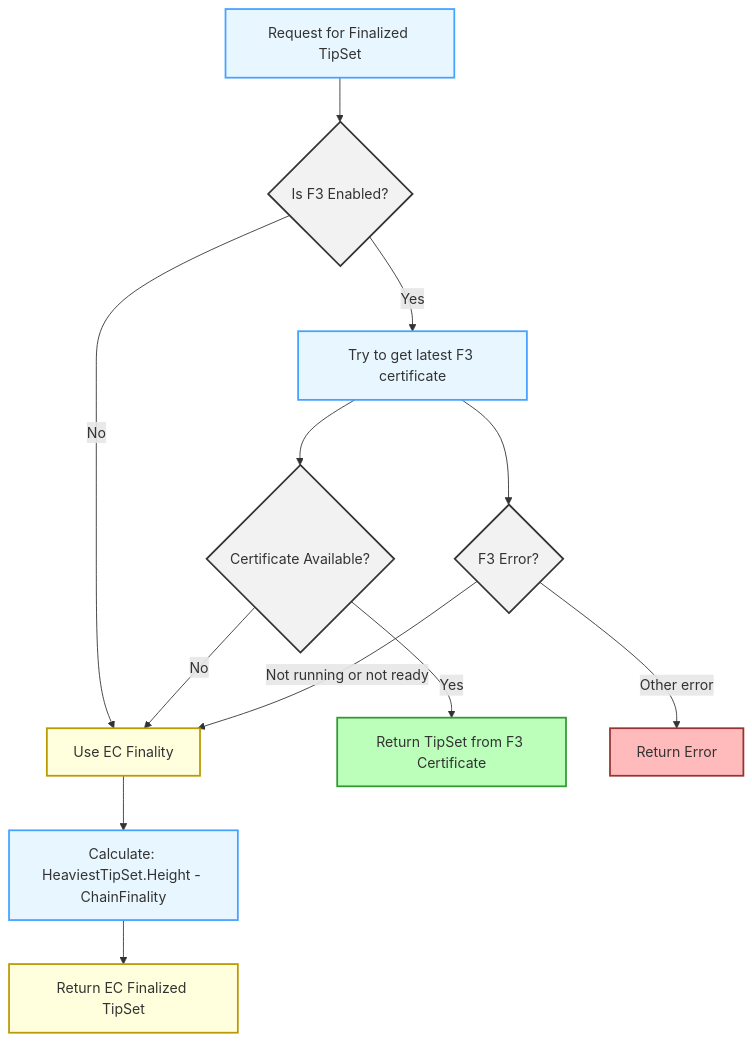
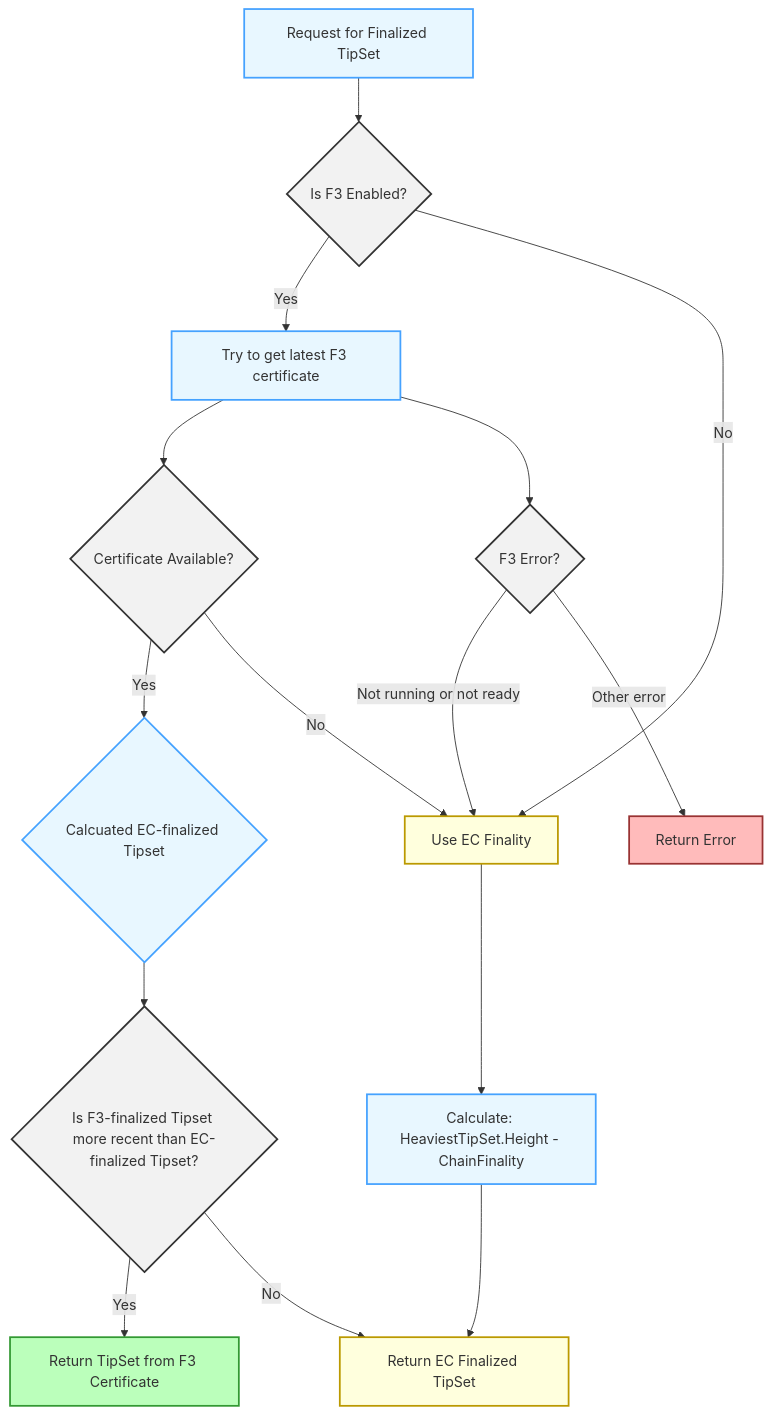
The diagram in documentation/en/api-experimental-user-facing-v2-docs/api-v2-experimental.md (filecoin-project/lotus), drawn with Mermaid before and after one commit. The commit also changed other lines of this file and 1 other file, not shown here.

````diff
--- a/documentation/en/api-experimental-user-facing-v2-docs/api-v2-experimental.md
+++ b/documentation/en/api-experimental-user-facing-v2-docs/api-v2-experimental.md
@@ -496,29 +498,33 @@
 ```mermaid
 flowchart TD
     A[Request for Finalized TipSet] --> B{Is F3 Enabled?}
     B -->|Yes| C[Try to get latest F3 certificate]
     B -->|No| H[Use EC Finality]
 
     C --> D{Certificate Available?}
-    D -->|Yes| E[Return TipSet from F3 Certificate]
+    D -->|Yes| K{Calcuated EC-finalized Tipset}
+    K --> L{Is F3-finalized Tipset more recent than EC-finalized Tipset?}
+    L -->|Yes|E[Return TipSet from F3 Certificate]
+    L -->|No|J
+
     D -->|No| H
+
+    H --> I[Calculate: HeaviestTipSet.Height - ChainFinality]
+    I --> J[Return EC Finalized TipSet]
 
     C --> F{F3 Error?}
     F -->|Not running or not ready| H
     F -->|Other error| G[Return Error]
-
-    H --> I[Calculate: HeaviestTipSet.Height - ChainFinality]
-    I --> J[Return EC Finalized TipSet]
 
     classDef success fill:#bfb,stroke:#393,stroke-width:2px;
     classDef fallback fill:#ffd,stroke:#b90,stroke-width:2px;
     classDef error fill:#fbb,stroke:#933,stroke-width:2px;
     classDef process fill:#e8f7ff,stroke:#45a2ff,stroke-width:2px;
     classDef decision fill:#f2f2f2,stroke:#333,stroke-width:2px;
 
     class E success;
     class H,J fallback;
     class G error;
-    class A,C,I process;
-    class B,D,F decision;
+    class A,C,I,K process;
+    class B,D,F,L decision;
 ```
````
